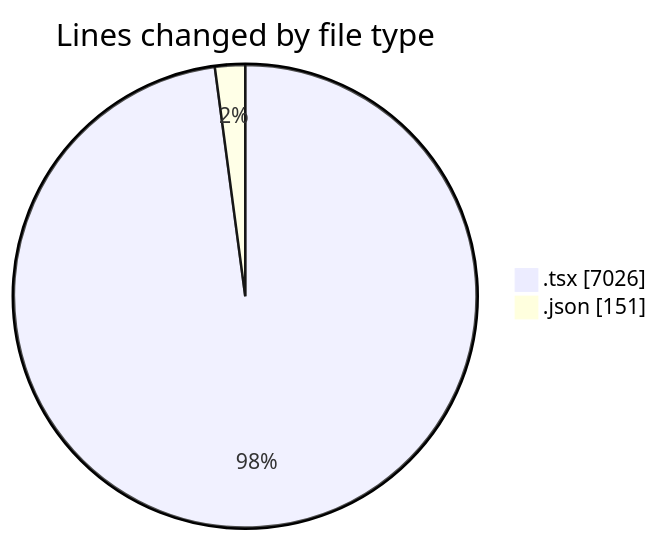
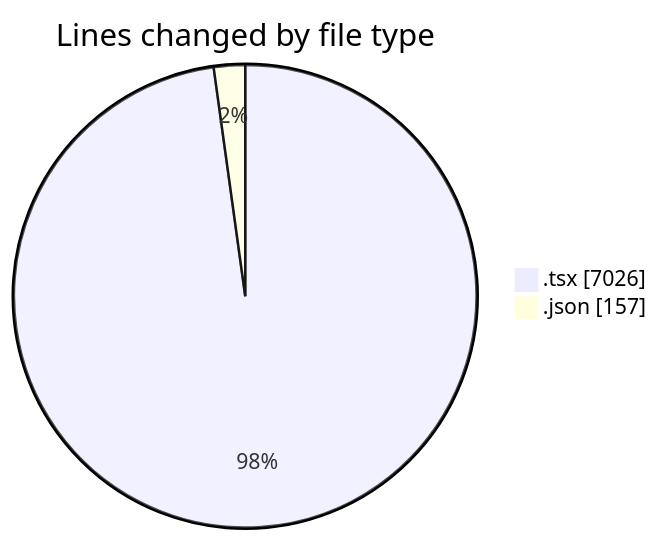
The first of 2 diagrams in 2026-11-13/broadcaster-v6-feature/README.md (momahboobian/code-tracking), drawn with Mermaid before and after one commit. The commit also changed other lines of this file and 1 other file, not shown here.

````diff
--- a/2026-11-13/broadcaster-v6-feature/README.md
+++ b/2026-11-13/broadcaster-v6-feature/README.md
@@ -36,6 +36,6 @@
 ```mermaid
 pie showData
 title Lines changed by file type
 ".tsx" : 7026
-".json" : 151
+".json" : 157
 ```
````
